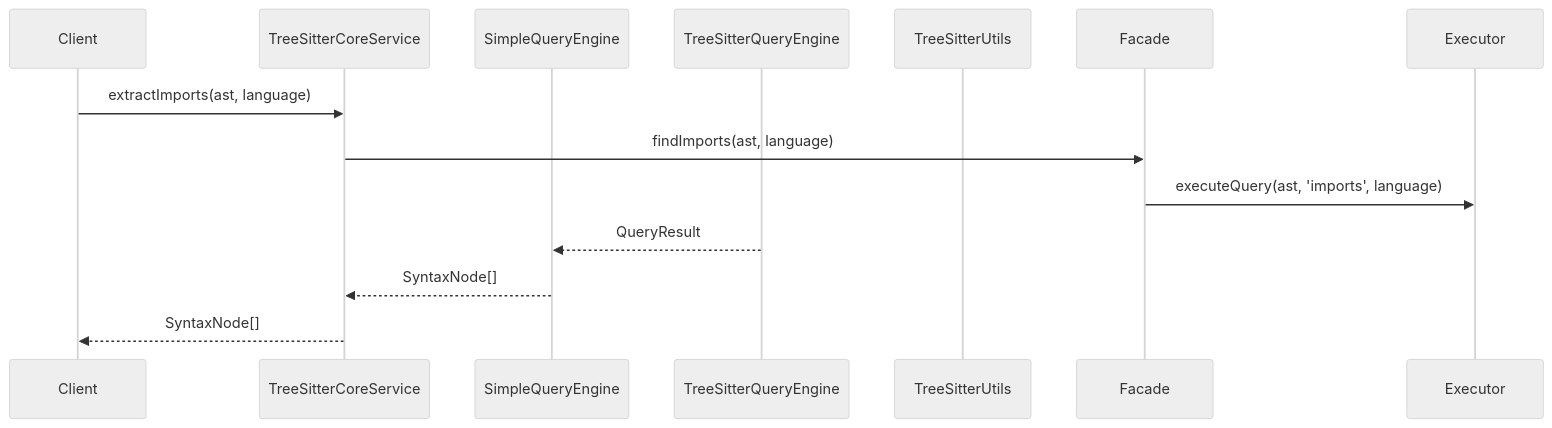
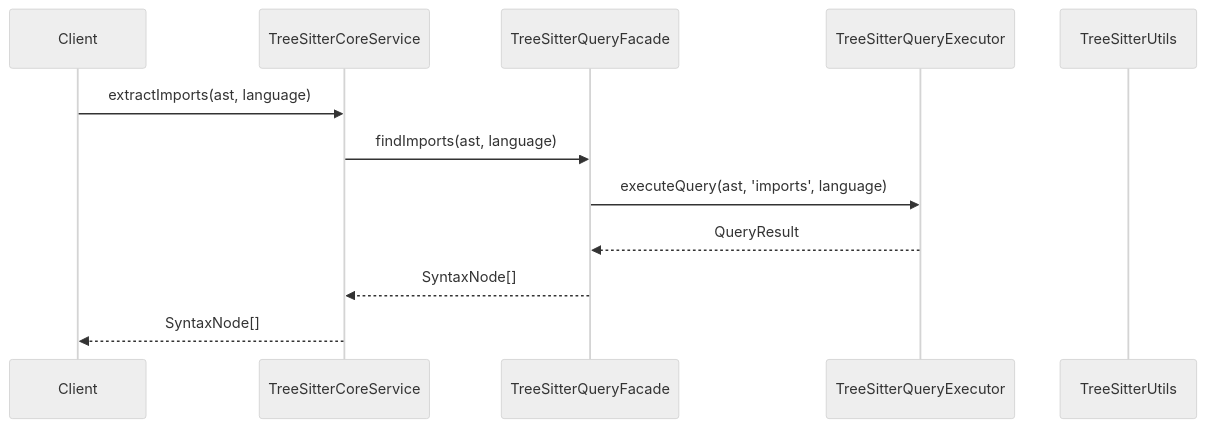
The second of 4 diagrams in src/service/parser/TreeSitter-Architecture-Responsibilities.md (kkkqkx123/code-search-helper), drawn with Mermaid (neutral theme) before and after one commit. The commit also changed other lines of this file and 12 other files, not shown here.

````diff
--- a/src/service/parser/TreeSitter-Architecture-Responsibilities.md
+++ b/src/service/parser/TreeSitter-Architecture-Responsibilities.md
@@ -163,15 +163,15 @@
 ```mermaid
 sequenceDiagram
     participant Client
     participant CoreService as TreeSitterCoreService
-    participant SimpleEngine as SimpleQueryEngine
-    participant QueryEngine as TreeSitterQueryEngine
+    participant Facade as TreeSitterQueryFacade
+    participant Executor as TreeSitterQueryExecutor
     participant Utils as TreeSitterUtils
 
     Client->>CoreService: extractImports(ast, language)
     CoreService->>Facade: findImports(ast, language)
     Facade->>Executor: executeQuery(ast, 'imports', language)
-    QueryEngine-->>SimpleEngine: QueryResult
-    SimpleEngine-->>CoreService: SyntaxNode[]
+    Executor-->>Facade: QueryResult
+    Facade-->>CoreService: SyntaxNode[]
     CoreService-->>Client: SyntaxNode[]
 ```
````
